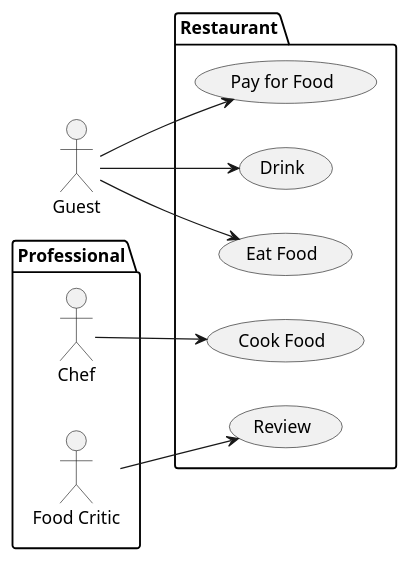
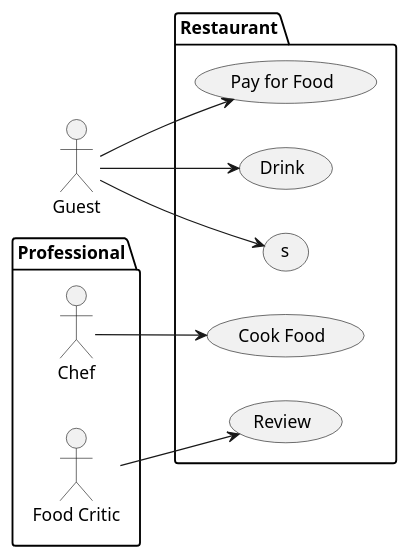
The diagram in seminar-work-template.md (viktor-bujko/nswi041_enrollments_module), drawn with PlantUML before and after one commit. The commit also changed 1 other file, not shown here.

Commit message:
Added uml use-case diagram.

````diff
--- a/seminar-work-template.md
+++ b/seminar-work-template.md
@@ -33,22 +33,22 @@
 ```plantuml
 @startuml
 left to right direction
 actor Guest as g
 package Professional {
   actor Chef as c
   actor "Food Critic" as fc
 }
 package Restaurant {
-  usecase "Eat Food" as UC1
+  usecase "s" as UC1
   usecase "Pay for Food" as UC2
   usecase "Drink" as UC3
   usecase "Review" as UC4
   usecase "Cook Food" as UC5
 }
 c --> UC5
 fc --> UC4
 g --> UC1
 g --> UC2
 g --> UC3
 @enduml
 ```
````
